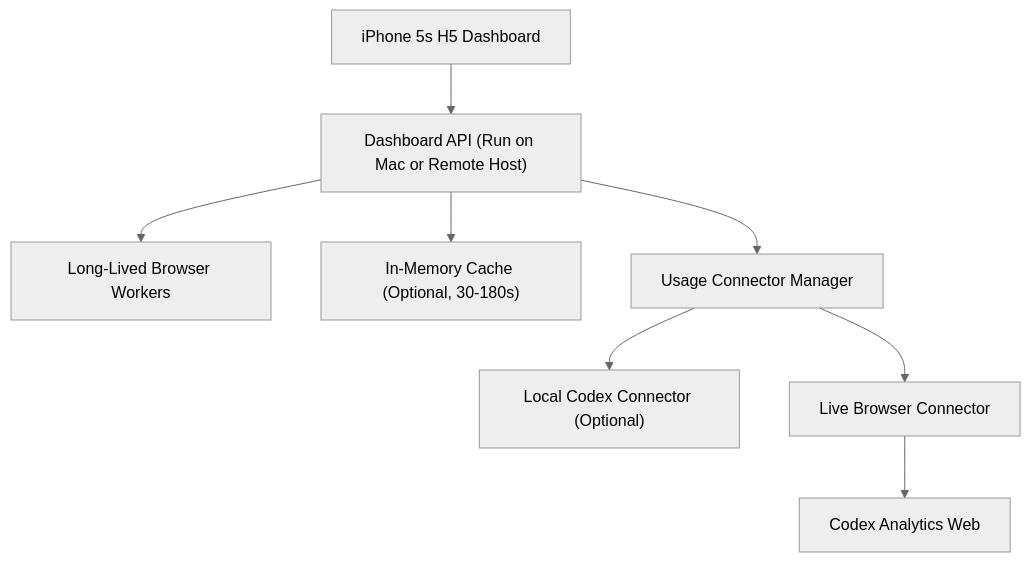
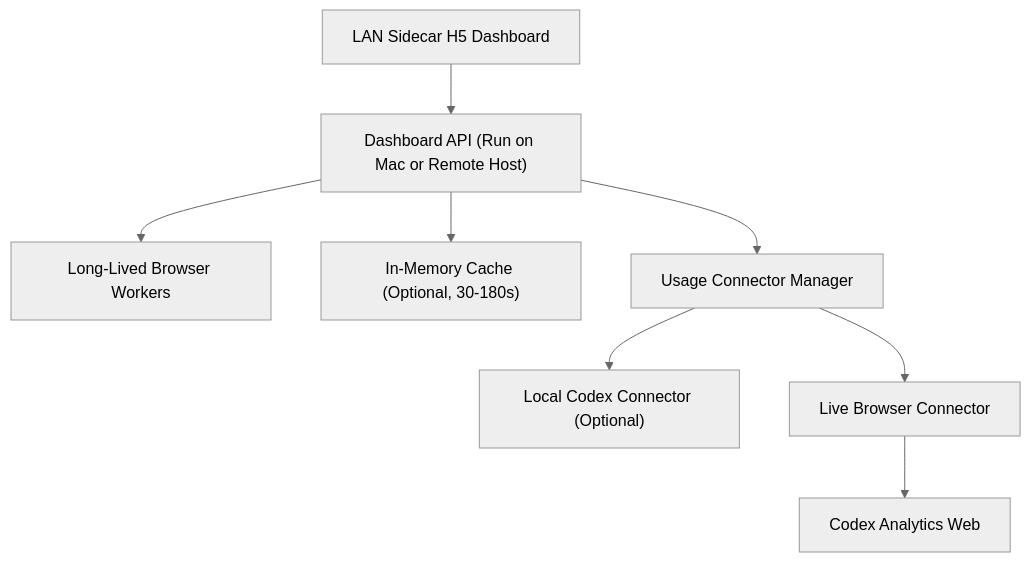
The diagram in README.md (gbs00/Token_BI), drawn with Mermaid (neutral theme) before and after one commit. The commit also changed other lines of this file and 4 other files, not shown here.

````diff
--- a/README.md
+++ b/README.md
@@ -180,10 +198,10 @@
 ```mermaid
 flowchart TD
-    A["iPhone 5s H5 Dashboard"] --> B["Dashboard API (Run on Mac or Remote Host)"]
+    A["LAN Sidecar H5 Dashboard"] --> B["Dashboard API (Run on Mac or Remote Host)"]
     B --> C["Long-Lived Browser Workers"]
     B --> D["In-Memory Cache (Optional, 30-180s)"]
     B --> E["Usage Connector Manager"]
     E --> F["Local Codex Connector (Optional)"]
     E --> G["Live Browser Connector"]
     G --> H["Codex Analytics Web"]
 ```
````
